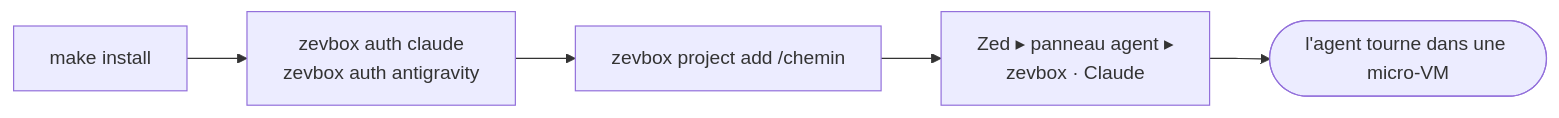
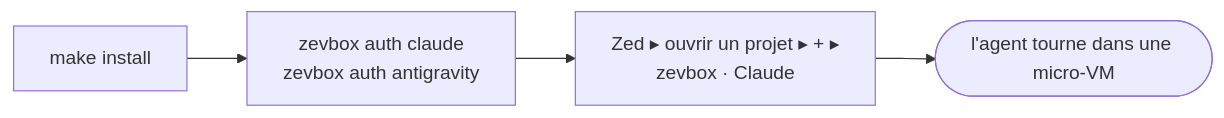
The third of 4 diagrams in docs/fr/README.md (brainztorm/zevbox), drawn with Mermaid before and after one commit. The commit also changed other lines of this file and 25 other files, not shown here.

````diff
--- a/docs/fr/README.md
+++ b/docs/fr/README.md
@@ -116,7 +113,6 @@
 ```mermaid
 flowchart LR
     A["make install"] --> B["zevbox auth claude\nzevbox auth antigravity"]
-    B --> C["zevbox project add /chemin"]
-    C --> D["Zed ▸ panneau agent ▸\nzevbox · Claude"]
+    B --> D["Zed ▸ ouvrir un projet ▸ + ▸\nzevbox · Claude"]
     D --> E(["l'agent tourne dans une micro-VM"])
 ```
````
